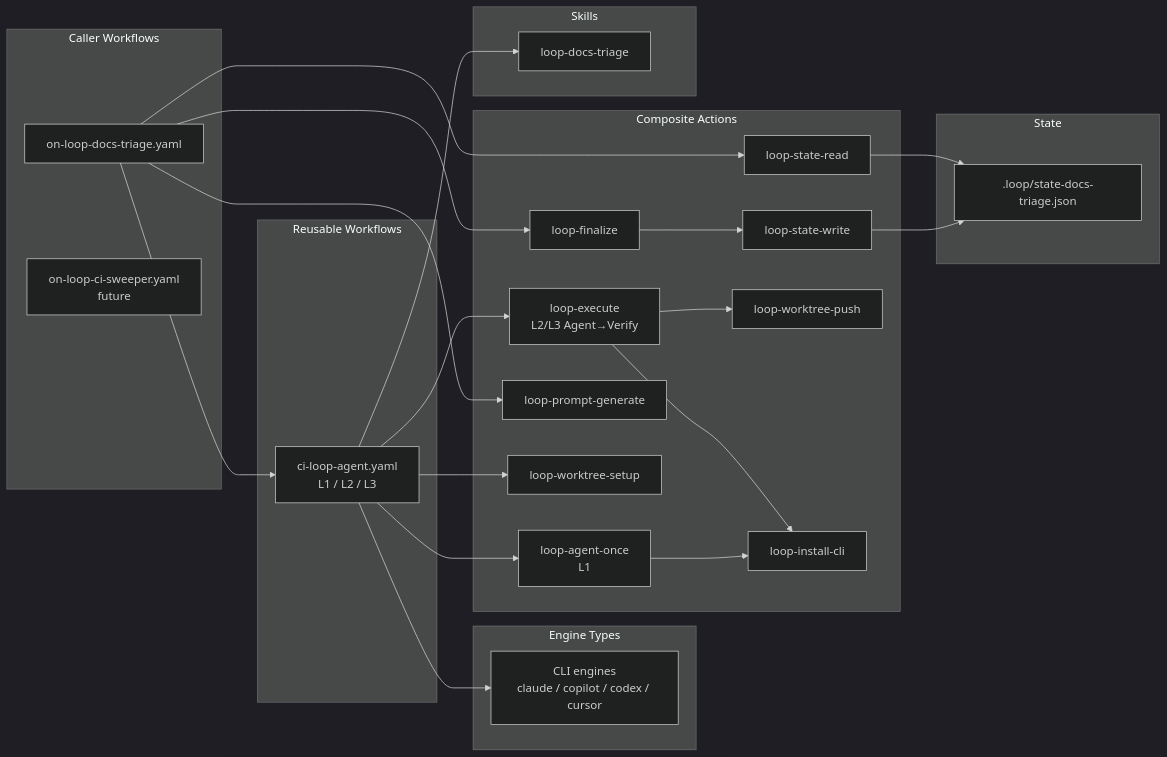
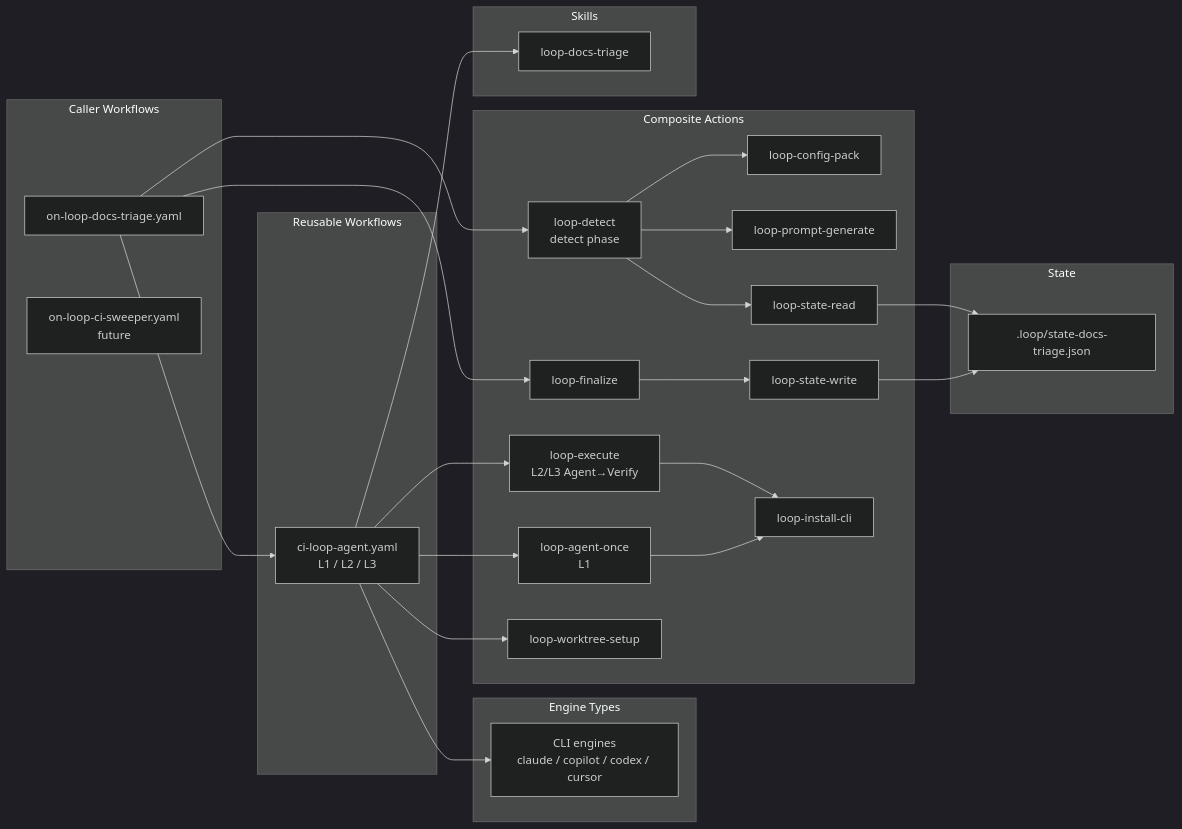
The second of 3 diagrams in docs/explanation/loop-engineering-design.md (y-miyazaki/config), drawn with Mermaid (dark theme) before and after one commit. The commit also changed other lines of this file and 13 other files, not shown here.

````diff
--- a/docs/explanation/loop-engineering-design.md
+++ b/docs/explanation/loop-engineering-design.md
@@ -147,58 +146,60 @@
 ```mermaid
 graph LR
     %% Caller Workflows
     subgraph callers["Caller Workflows"]
         CW1[on-loop-docs-triage.yaml]
         CW2[on-loop-ci-sweeper.yaml<br/>future]
     end
 
     %% Reusable Workflows
     subgraph reusable["Reusable Workflows"]
         RW1[ci-loop-agent.yaml<br/>L1 / L2 / L3]
     end
 
     %% Engine Strategies
     subgraph engines["Engine Types"]
         E1[CLI engines<br/>claude / copilot / codex / cursor]
     end
 
     %% Composite Actions
     subgraph actions["Composite Actions"]
+        CA0[loop-detect<br/>detect phase]
         CA1[loop-agent-once<br/>L1]
         CA2[loop-execute<br/>L2/L3 Agent→Verify]
         CA3[loop-finalize]
-        CA4[loop-prompt-generate]
-        CA5[loop-state-read]
-        CA6[loop-state-write]
-        CA7[loop-worktree-setup]
-        CA8[loop-worktree-push]
+        CA4[loop-config-pack]
+        CA5[loop-prompt-generate]
+        CA6[loop-state-read]
+        CA7[loop-state-write]
+        CA8[loop-worktree-setup]
         CA9[loop-install-cli]
     end
 
     %% Skills
     subgraph skills["Skills"]
         SK1[loop-docs-triage]
     end
 
     %% State
     subgraph state["State"]
         ST1[.loop/state-docs-triage.json]
     end
 
     %% Relationships
     CW1 --> RW1
+    CW1 --> CA0
     CW1 --> CA3
-    CW1 --> CA4
-    CW1 --> CA5
+    CA0 --> CA4
+    CA0 --> CA5
+    CA0 --> CA6
     RW1 --> E1
     RW1 --> CA1
     RW1 --> CA2
-    RW1 --> CA7
-    CA2 --> CA8
+    RW1 --> CA8
     CA2 --> CA9
     CA1 --> CA9
     RW1 --> SK1
-    CA3 --> CA6
-    CA5 --> ST1
+    CA3 --> CA7
     CA6 --> ST1
+    CA7 --> ST1
 ```
````
